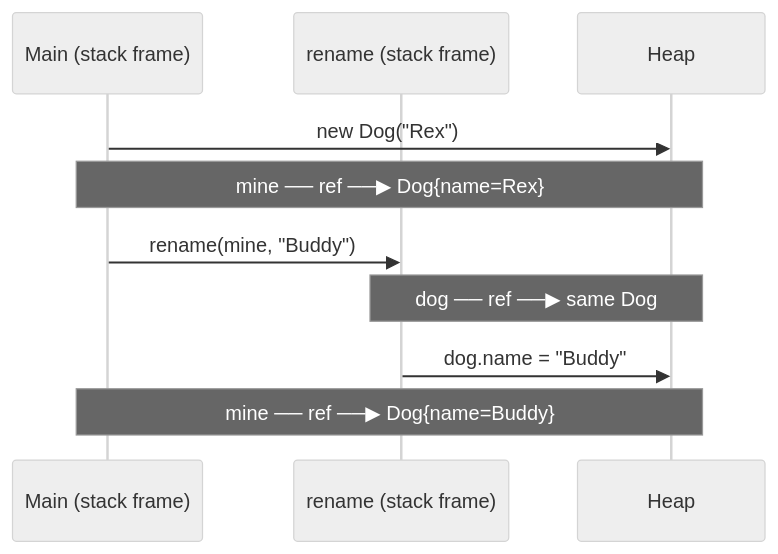
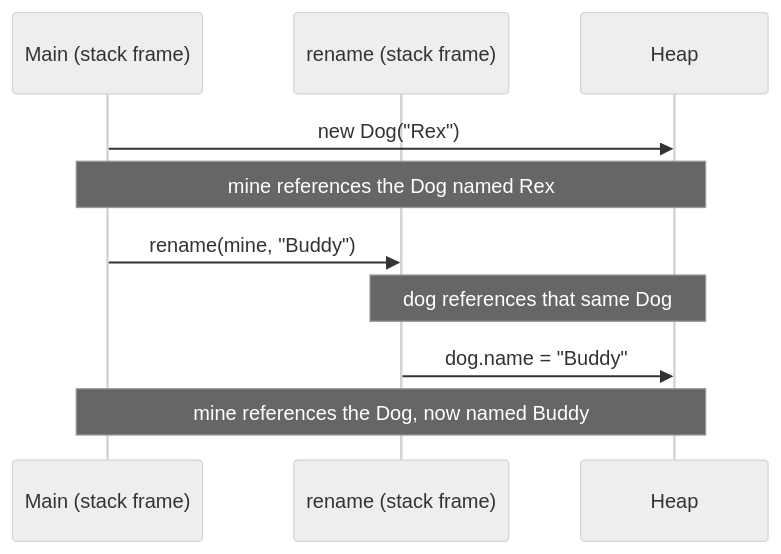
One commit to dataslope/dataslope changed the fifth of 7 diagrams in content/courses/oop-blueprint-java/objects-in-memory.mdx. Above: the diagram before and after it, drawn with Mermaid (neutral theme). The commit also changed other lines of this file and 17 other files, not shown here.

````diff
--- a/content/courses/oop-blueprint-java/objects-in-memory.mdx
+++ b/content/courses/oop-blueprint-java/objects-in-memory.mdx
@@ -253,13 +253,13 @@
 ```mermaid
 sequenceDiagram
     participant Caller as Main (stack frame)
     participant Callee as rename (stack frame)
     participant Heap
 
     Caller->>Heap: new Dog("Rex")
-    Note over Caller,Heap: mine ── ref ──▶ Dog{name=Rex}
+    Note over Caller,Heap: mine references the Dog named Rex
     Caller->>Callee: rename(mine, "Buddy")
-    Note over Callee,Heap: dog ── ref ──▶ same Dog
+    Note over Callee,Heap: dog references that same Dog
     Callee->>Heap: dog.name = "Buddy"
-    Note over Caller,Heap: mine ── ref ──▶ Dog{name=Buddy}
+    Note over Caller,Heap: mine references the Dog, now named Buddy
 ```
````
